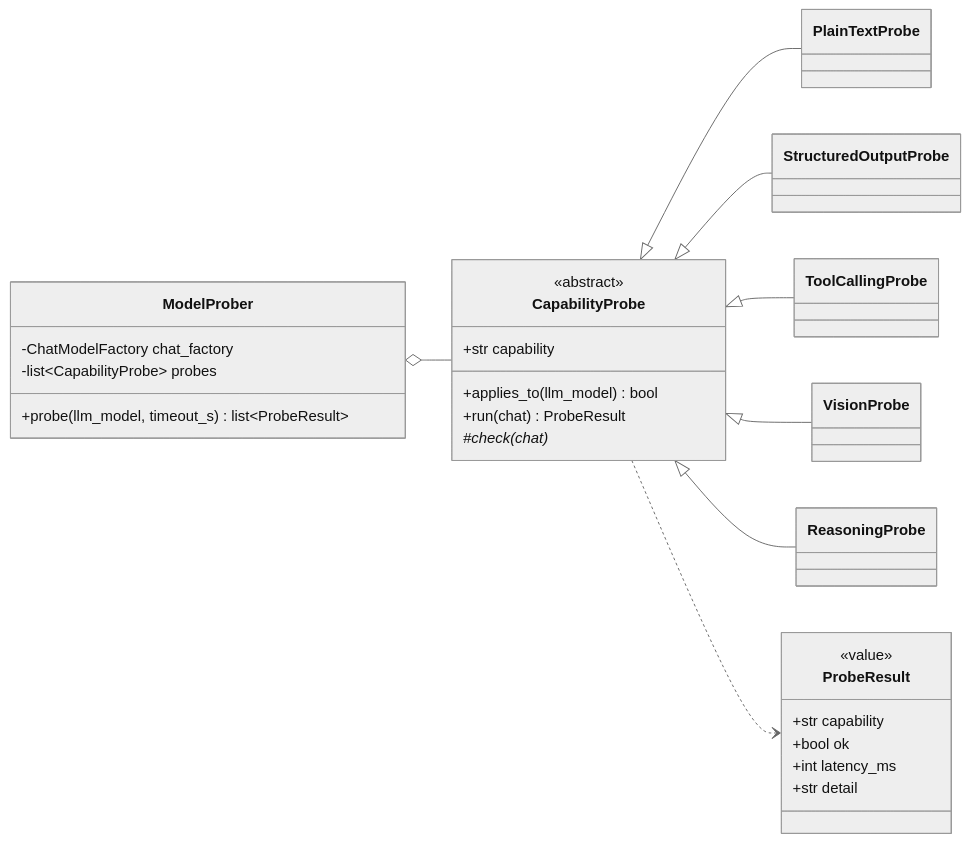
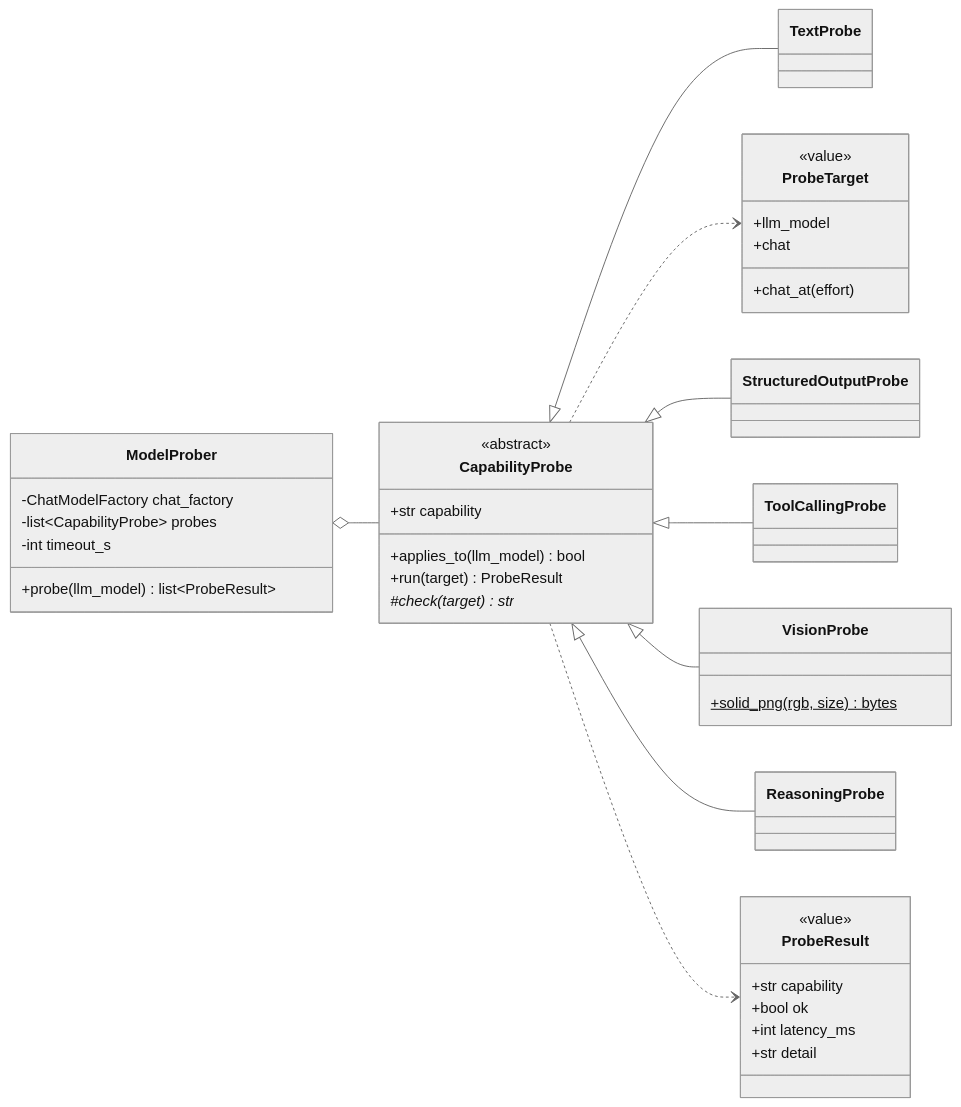
The seventh of 14 diagrams in docs/design.md (Satyamkumarjha4/Intelilearn), drawn with Mermaid (neutral theme) before and after one commit. The commit also changed other lines of this file and 4 other files, not shown here.

First line of the commit message:
refactor(llm_registry): ModelProber with one CapabilityProbe per capability

````diff
--- a/docs/design.md
+++ b/docs/design.md
@@ -569,35 +569,45 @@
 ```mermaid
 classDiagram
     direction LR
     class ModelProber {
         -ChatModelFactory chat_factory
         -list~CapabilityProbe~ probes
-        +probe(llm_model, timeout_s) list~ProbeResult~
+        -int timeout_s
+        +probe(llm_model) list~ProbeResult~
+    }
+    class ProbeTarget {
+        <<value>>
+        +llm_model
+        +chat
+        +chat_at(effort)
     }
     class CapabilityProbe {
         <<abstract>>
         +str capability
         +applies_to(llm_model) bool
-        +run(chat) ProbeResult
-        #check(chat)*
+        +run(target) ProbeResult
+        #check(target)* str
     }
-    class PlainTextProbe
+    class TextProbe
     class StructuredOutputProbe
     class ToolCallingProbe
-    class VisionProbe
+    class VisionProbe {
+        +solid_png(rgb, size)$ bytes
+    }
     class ReasoningProbe
     class ProbeResult {
         <<value>>
         +str capability
         +bool ok
         +int latency_ms
         +str detail
     }
     ModelProber o-- CapabilityProbe
-    CapabilityProbe <|-- PlainTextProbe
+    CapabilityProbe <|-- TextProbe
+    CapabilityProbe ..> ProbeTarget
     CapabilityProbe <|-- StructuredOutputProbe
     CapabilityProbe <|-- ToolCallingProbe
     CapabilityProbe <|-- VisionProbe
     CapabilityProbe <|-- ReasoningProbe
     CapabilityProbe ..> ProbeResult
 ```
````
